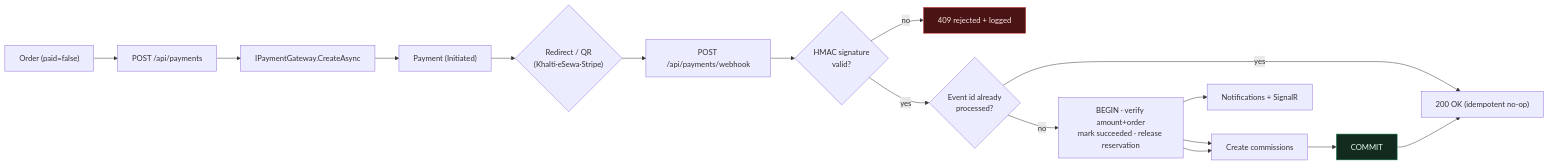
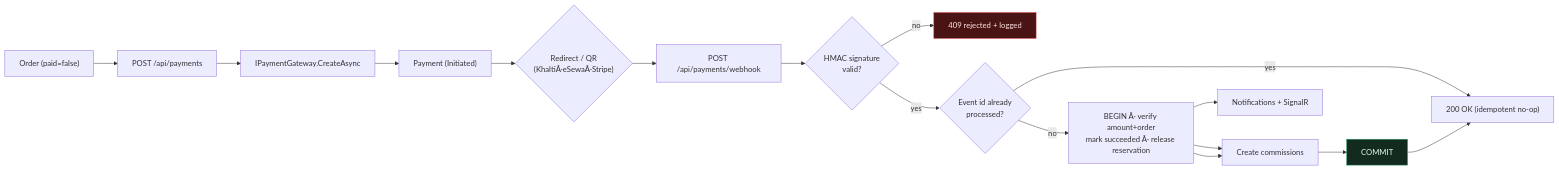
Before and after one commit to parth1-web/Multi-Vendor-Ecommerce-Marketplace: the sixth of 7 diagrams in docs/architecture/DIAGRAMS.md, drawn with Mermaid. The commit also changed other lines of this file and 2 other files, not shown here.

````diff
--- a/docs/architecture/DIAGRAMS.md
+++ b/docs/architecture/DIAGRAMS.md
@@ -158,21 +158,21 @@
 ```mermaid
 graph LR
     O["Order (paid=false)"] --> PC["POST /api/payments"]
     PC --> G["IPaymentGateway.CreateAsync"]
     G --> P["Payment (Initiated)"]
-    P --> R{"Redirect / QR<br/>(Khalti·eSewa·Stripe)"}
+    P --> R{"Redirect / QR<br/>(KhaltiÂ·eSewaÂ·Stripe)"}
     R --> WH["POST /api/payments/webhook"]
     WH --> S{"HMAC signature<br/>valid?"}
     S -- no --> RJ["409 rejected + logged"]
     S -- yes --> ID{"Event id already<br/>processed?"}
     ID -- yes --> OK["200 OK (idempotent no-op)"]
-    ID -- no --> TX["BEGIN · verify amount+order<br/>mark succeeded · release reservation"]
+    ID -- no --> TX["BEGIN Â· verify amount+order<br/>mark succeeded Â· release reservation"]
     TX --> CM["Create commissions"]
     TX --> CM
     TX --> NT["Notifications + SignalR"]
     CM --> FIN["COMMIT"]
     FIN --> OK
 
     style RJ fill:#4a1414,stroke:#e04a4a,color:#ffe6e6
     style FIN fill:#132a1f,stroke:#2fa36b,color:#e6fff0
 ```
````
